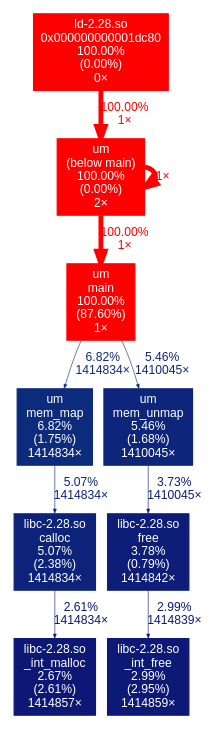
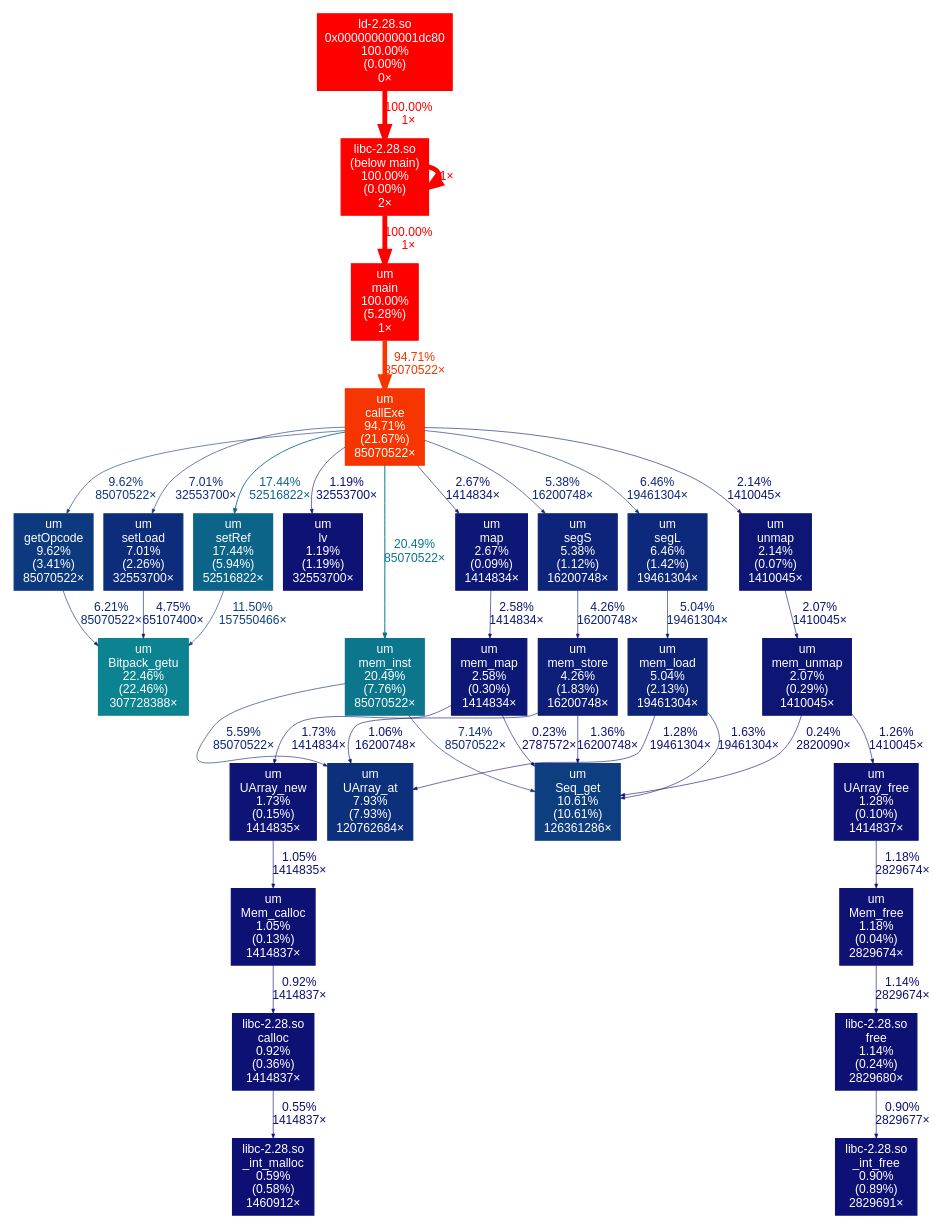
One commit to Jstark67/um changed the diagram in out.dot. Above: the diagram before and after it, drawn with Graphviz. The commit also changed 87 other files, not shown here.

```diff
--- a/out.dot
+++ b/out.dot
@@ -1,23 +1,69 @@
 digraph {
 	graph [fontname=Arial, nodesep=0.125, ranksep=0.25];
 	node [fontcolor=white, fontname=Arial, height=0, shape=box, style=filled, width=0];
 	edge [fontname=Arial];
-	"(below main)" [color="#ff0000", fontcolor="#ffffff", fontsize="10.00", label="um\n(below main)\n100.00%\n(0.00%)\n2×"];
+	"(below main)" [color="#ff0000", fontcolor="#ffffff", fontsize="10.00", label="libc-2.28.so\n(below main)\n100.00%\n(0.00%)\n2×"];
 	"(below main)" -> "(below main)" [arrowsize="1.00", color="#ff0000", fontcolor="#ff0000", fontsize="10.00", label="1×", labeldistance="4.00", penwidth="4.00"];
 	"(below main)" -> main [arrowsize="1.00", color="#ff0000", fontcolor="#ff0000", fontsize="10.00", label="100.00%\n1×", labeldistance="4.00", penwidth="4.00"];
 	"0x000000000001dc80" [color="#ff0000", fontcolor="#ffffff", fontsize="10.00", label="ld-2.28.so\n0x000000000001dc80\n100.00%\n(0.00%)\n0×"];
 	"0x000000000001dc80" -> "(below main)" [arrowsize="1.00", color="#ff0000", fontcolor="#ff0000", fontsize="10.00", label="100.00%\n1×", labeldistance="4.00", penwidth="4.00"];
-	"_int_free" [color="#0d1977", fontcolor="#ffffff", fontsize="10.00", label="libc-2.28.so\n_int_free\n2.99%\n(2.95%)\n1414859×"];
-	"_int_malloc" [color="#0d1876", fontcolor="#ffffff", fontsize="10.00", label="libc-2.28.so\n_int_malloc\n2.67%\n(2.61%)\n1414857×"];
-	calloc [color="#0d2379", fontcolor="#ffffff", fontsize="10.00", label="libc-2.28.so\ncalloc\n5.07%\n(2.38%)\n1414834×"];
-	calloc -> "_int_malloc" [arrowsize="0.35", color="#0d1876", fontcolor="#0d1876", fontsize="10.00", label="2.61%\n1414834×", labeldistance="0.50", penwidth="0.50"];
-	free [color="#0d1d78", fontcolor="#ffffff", fontsize="10.00", label="libc-2.28.so\nfree\n3.78%\n(0.79%)\n1414842×"];
-	free -> "_int_free" [arrowsize="0.35", color="#0d1977", fontcolor="#0d1977", fontsize="10.00", label="2.99%\n1414839×", labeldistance="0.50", penwidth="0.50"];
-	main [color="#ff0000", fontcolor="#ffffff", fontsize="10.00", label="um\nmain\n100.00%\n(87.60%)\n1×"];
-	main -> "mem_map" [arrowsize="0.35", color="#0d2b7c", fontcolor="#0d2b7c", fontsize="10.00", label="6.82%\n1414834×", labeldistance="0.50", penwidth="0.50"];
-	main -> "mem_unmap" [arrowsize="0.35", color="#0d257a", fontcolor="#0d257a", fontsize="10.00", label="5.46%\n1410045×", labeldistance="0.50", penwidth="0.50"];
-	"mem_map" [color="#0d2b7c", fontcolor="#ffffff", fontsize="10.00", label="um\nmem_map\n6.82%\n(1.75%)\n1414834×"];
-	"mem_map" -> calloc [arrowsize="0.35", color="#0d2379", fontcolor="#0d2379", fontsize="10.00", label="5.07%\n1414834×", labeldistance="0.50", penwidth="0.50"];
-	"mem_unmap" [color="#0d257a", fontcolor="#ffffff", fontsize="10.00", label="um\nmem_unmap\n5.46%\n(1.68%)\n1410045×"];
-	"mem_unmap" -> free [arrowsize="0.35", color="#0d1d78", fontcolor="#0d1d78", fontsize="10.00", label="3.73%\n1410045×", labeldistance="0.50", penwidth="0.50"];
+	"Bitpack_getu" [color="#0c8390", fontcolor="#ffffff", fontsize="10.00", label="um\nBitpack_getu\n22.46%\n(22.46%)\n307728388×"];
+	"Mem_calloc" [color="#0d1174", fontcolor="#ffffff", fontsize="10.00", label="um\nMem_calloc\n1.05%\n(0.13%)\n1414837×"];
+	"Mem_calloc" -> calloc [arrowsize="0.35", color="#0d1174", fontcolor="#0d1174", fontsize="10.00", label="0.92%\n1414837×", labeldistance="0.50", penwidth="0.50"];
+	"Mem_free" [color="#0d1274", fontcolor="#ffffff", fontsize="10.00", label="um\nMem_free\n1.18%\n(0.04%)\n2829674×"];
+	"Mem_free" -> free [arrowsize="0.35", color="#0d1174", fontcolor="#0d1174", fontsize="10.00", label="1.14%\n2829674×", labeldistance="0.50", penwidth="0.50"];
+	"Seq_get" [color="#0d3e80", fontcolor="#ffffff", fontsize="10.00", label="um\nSeq_get\n10.61%\n(10.61%)\n126361286×"];
+	"UArray_at" [color="#0d307d", fontcolor="#ffffff", fontsize="10.00", label="um\nUArray_at\n7.93%\n(7.93%)\n120762684×"];
+	"UArray_free" [color="#0d1274", fontcolor="#ffffff", fontsize="10.00", label="um\nUArray_free\n1.28%\n(0.10%)\n1414837×"];
+	"UArray_free" -> "Mem_free" [arrowsize="0.35", color="#0d1274", fontcolor="#0d1274", fontsize="10.00", label="1.18%\n2829674×", labeldistance="0.50", penwidth="0.50"];
+	"UArray_new" [color="#0d1475", fontcolor="#ffffff", fontsize="10.00", label="um\nUArray_new\n1.73%\n(0.15%)\n1414835×"];
+	"UArray_new" -> "Mem_calloc" [arrowsize="0.35", color="#0d1174", fontcolor="#0d1174", fontsize="10.00", label="1.05%\n1414835×", labeldistance="0.50", penwidth="0.50"];
+	"_int_free" [color="#0d1074", fontcolor="#ffffff", fontsize="10.00", label="libc-2.28.so\n_int_free\n0.90%\n(0.89%)\n2829691×"];
+	"_int_malloc" [color="#0d0f74", fontcolor="#ffffff", fontsize="10.00", label="libc-2.28.so\n_int_malloc\n0.59%\n(0.58%)\n1460912×"];
+	callExe [color="#f73501", fontcolor="#ffffff", fontsize="10.00", label="um\ncallExe\n94.71%\n(21.67%)\n85070522×"];
+	callExe -> getOpcode [arrowsize="0.35", color="#0d397f", fontcolor="#0d397f", fontsize="10.00", label="9.62%\n85070522×", labeldistance="0.50", penwidth="0.50"];
+	callExe -> lv [arrowsize="0.35", color="#0d1274", fontcolor="#0d1274", fontsize="10.00", label="1.19%\n32553700×", labeldistance="0.50", penwidth="0.50"];
+	callExe -> map [arrowsize="0.35", color="#0d1876", fontcolor="#0d1876", fontsize="10.00", label="2.67%\n1414834×", labeldistance="0.50", penwidth="0.50"];
+	callExe -> "mem_inst" [arrowsize="0.45", color="#0c768d", fontcolor="#0c768d", fontsize="10.00", label="20.49%\n85070522×", labeldistance="0.82", penwidth="0.82"];
+	callExe -> segL [arrowsize="0.35", color="#0d297b", fontcolor="#0d297b", fontsize="10.00", label="6.46%\n19461304×", labeldistance="0.50", penwidth="0.50"];
+	callExe -> segS [arrowsize="0.35", color="#0d247a", fontcolor="#0d247a", fontsize="10.00", label="5.38%\n16200748×", labeldistance="0.50", penwidth="0.50"];
+	callExe -> setLoad [arrowsize="0.35", color="#0d2c7c", fontcolor="#0d2c7c", fontsize="10.00", label="7.01%\n32553700×", labeldistance="0.50", penwidth="0.50"];
+	callExe -> setRef [arrowsize="0.42", color="#0c6489", fontcolor="#0c6489", fontsize="10.00", label="17.44%\n52516822×", labeldistance="0.70", penwidth="0.70"];
+	callExe -> unmap [arrowsize="0.35", color="#0d1675", fontcolor="#0d1675", fontsize="10.00", label="2.14%\n1410045×", labeldistance="0.50", penwidth="0.50"];
+	calloc [color="#0d1174", fontcolor="#ffffff", fontsize="10.00", label="libc-2.28.so\ncalloc\n0.92%\n(0.36%)\n1414837×"];
+	calloc -> "_int_malloc" [arrowsize="0.35", color="#0d0f73", fontcolor="#0d0f73", fontsize="10.00", label="0.55%\n1414837×", labeldistance="0.50", penwidth="0.50"];
+	free [color="#0d1174", fontcolor="#ffffff", fontsize="10.00", label="libc-2.28.so\nfree\n1.14%\n(0.24%)\n2829680×"];
+	free -> "_int_free" [arrowsize="0.35", color="#0d1074", fontcolor="#0d1074", fontsize="10.00", label="0.90%\n2829677×", labeldistance="0.50", penwidth="0.50"];
+	getOpcode [color="#0d397f", fontcolor="#ffffff", fontsize="10.00", label="um\ngetOpcode\n9.62%\n(3.41%)\n85070522×"];
+	getOpcode -> "Bitpack_getu" [arrowsize="0.35", color="#0d287b", fontcolor="#0d287b", fontsize="10.00", label="6.21%\n85070522×", labeldistance="0.50", penwidth="0.50"];
+	lv [color="#0d1274", fontcolor="#ffffff", fontsize="10.00", label="um\nlv\n1.19%\n(1.19%)\n32553700×"];
+	main [color="#ff0000", fontcolor="#ffffff", fontsize="10.00", label="um\nmain\n100.00%\n(5.28%)\n1×"];
+	main -> callExe [arrowsize="0.97", color="#f73501", fontcolor="#f73501", fontsize="10.00", label="94.71%\n85070522×", labeldistance="3.79", penwidth="3.79"];
+	map [color="#0d1876", fontcolor="#ffffff", fontsize="10.00", label="um\nmap\n2.67%\n(0.09%)\n1414834×"];
+	map -> "mem_map" [arrowsize="0.35", color="#0d1876", fontcolor="#0d1876", fontsize="10.00", label="2.58%\n1414834×", labeldistance="0.50", penwidth="0.50"];
+	"mem_inst" [color="#0c768d", fontcolor="#ffffff", fontsize="10.00", label="um\nmem_inst\n20.49%\n(7.76%)\n85070522×"];
+	"mem_inst" -> "Seq_get" [arrowsize="0.35", color="#0d2c7c", fontcolor="#0d2c7c", fontsize="10.00", label="7.14%\n85070522×", labeldistance="0.50", penwidth="0.50"];
+	"mem_inst" -> "UArray_at" [arrowsize="0.35", color="#0d257a", fontcolor="#0d257a", fontsize="10.00", label="5.59%\n85070522×", labeldistance="0.50", penwidth="0.50"];
+	"mem_load" [color="#0d2379", fontcolor="#ffffff", fontsize="10.00", label="um\nmem_load\n5.04%\n(2.13%)\n19461304×"];
+	"mem_load" -> "Seq_get" [arrowsize="0.35", color="#0d1475", fontcolor="#0d1475", fontsize="10.00", label="1.63%\n19461304×", labeldistance="0.50", penwidth="0.50"];
+	"mem_load" -> "UArray_at" [arrowsize="0.35", color="#0d1274", fontcolor="#0d1274", fontsize="10.00", label="1.28%\n19461304×", labeldistance="0.50", penwidth="0.50"];
+	"mem_map" [color="#0d1876", fontcolor="#ffffff", fontsize="10.00", label="um\nmem_map\n2.58%\n(0.30%)\n1414834×"];
+	"mem_map" -> "Seq_get" [arrowsize="0.35", color="#0d0e73", fontcolor="#0d0e73", fontsize="10.00", label="0.23%\n2787572×", labeldistance="0.50", penwidth="0.50"];
+	"mem_map" -> "UArray_new" [arrowsize="0.35", color="#0d1475", fontcolor="#0d1475", fontsize="10.00", label="1.73%\n1414834×", labeldistance="0.50", penwidth="0.50"];
+	"mem_store" [color="#0d1f78", fontcolor="#ffffff", fontsize="10.00", label="um\nmem_store\n4.26%\n(1.83%)\n16200748×"];
+	"mem_store" -> "Seq_get" [arrowsize="0.35", color="#0d1274", fontcolor="#0d1274", fontsize="10.00", label="1.36%\n16200748×", labeldistance="0.50", penwidth="0.50"];
+	"mem_store" -> "UArray_at" [arrowsize="0.35", color="#0d1174", fontcolor="#0d1174", fontsize="10.00", label="1.06%\n16200748×", labeldistance="0.50", penwidth="0.50"];
+	"mem_unmap" [color="#0d1575", fontcolor="#ffffff", fontsize="10.00", label="um\nmem_unmap\n2.07%\n(0.29%)\n1410045×"];
+	"mem_unmap" -> "Seq_get" [arrowsize="0.35", color="#0d0e73", fontcolor="#0d0e73", fontsize="10.00", label="0.24%\n2820090×", labeldistance="0.50", penwidth="0.50"];
+	"mem_unmap" -> "UArray_free" [arrowsize="0.35", color="#0d1274", fontcolor="#0d1274", fontsize="10.00", label="1.26%\n1410045×", labeldistance="0.50", penwidth="0.50"];
+	segL [color="#0d297b", fontcolor="#ffffff", fontsize="10.00", label="um\nsegL\n6.46%\n(1.42%)\n19461304×"];
+	segL -> "mem_load" [arrowsize="0.35", color="#0d2379", fontcolor="#0d2379", fontsize="10.00", label="5.04%\n19461304×", labeldistance="0.50", penwidth="0.50"];
+	segS [color="#0d247a", fontcolor="#ffffff", fontsize="10.00", label="um\nsegS\n5.38%\n(1.12%)\n16200748×"];
+	segS -> "mem_store" [arrowsize="0.35", color="#0d1f78", fontcolor="#0d1f78", fontsize="10.00", label="4.26%\n16200748×", labeldistance="0.50", penwidth="0.50"];
+	setLoad [color="#0d2c7c", fontcolor="#ffffff", fontsize="10.00", label="um\nsetLoad\n7.01%\n(2.26%)\n32553700×"];
+	setLoad -> "Bitpack_getu" [arrowsize="0.35", color="#0d2179", fontcolor="#0d2179", fontsize="10.00", label="4.75%\n65107400×", labeldistance="0.50", penwidth="0.50"];
+	setRef [color="#0c6489", fontcolor="#ffffff", fontsize="10.00", label="um\nsetRef\n17.44%\n(5.94%)\n52516822×"];
+	setRef -> "Bitpack_getu" [arrowsize="0.35", color="#0d4282", fontcolor="#0d4282", fontsize="10.00", label="11.50%\n157550466×", labeldistance="0.50", penwidth="0.50"];
+	unmap [color="#0d1675", fontcolor="#ffffff", fontsize="10.00", label="um\nunmap\n2.14%\n(0.07%)\n1410045×"];
+	unmap -> "mem_unmap" [arrowsize="0.35", color="#0d1575", fontcolor="#0d1575", fontsize="10.00", label="2.07%\n1410045×", labeldistance="0.50", penwidth="0.50"];
 }
```
